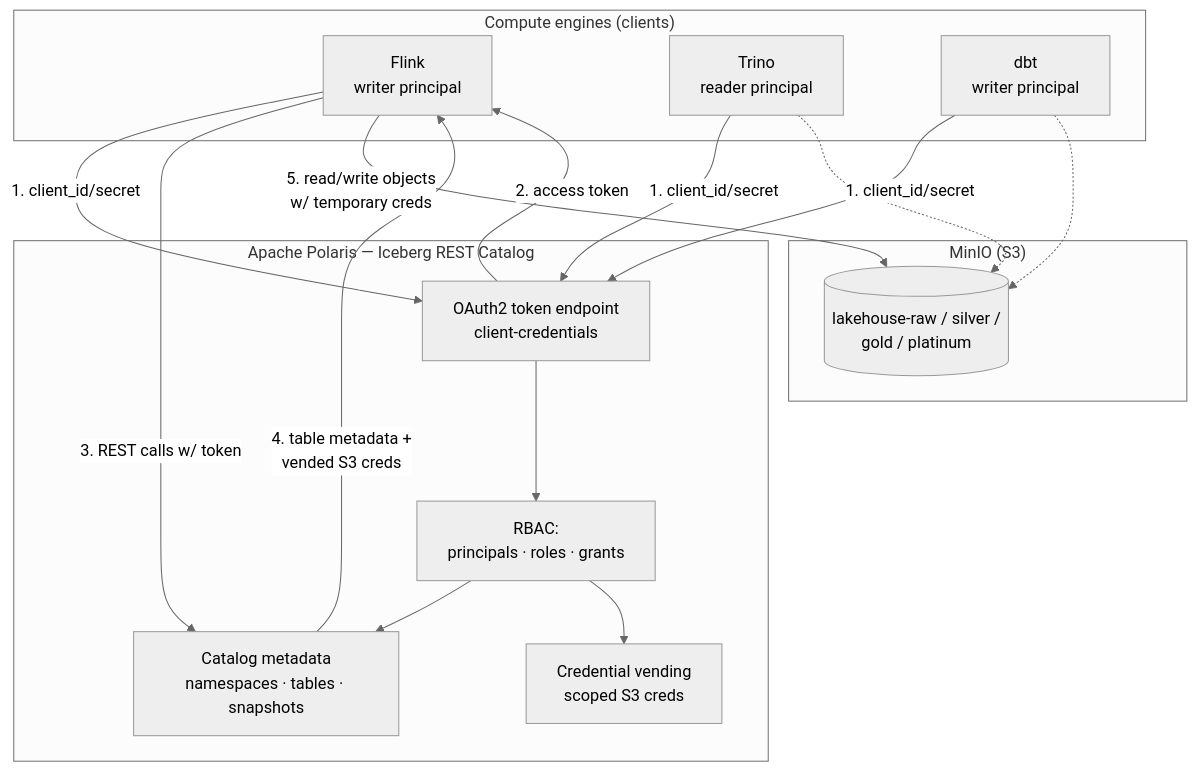
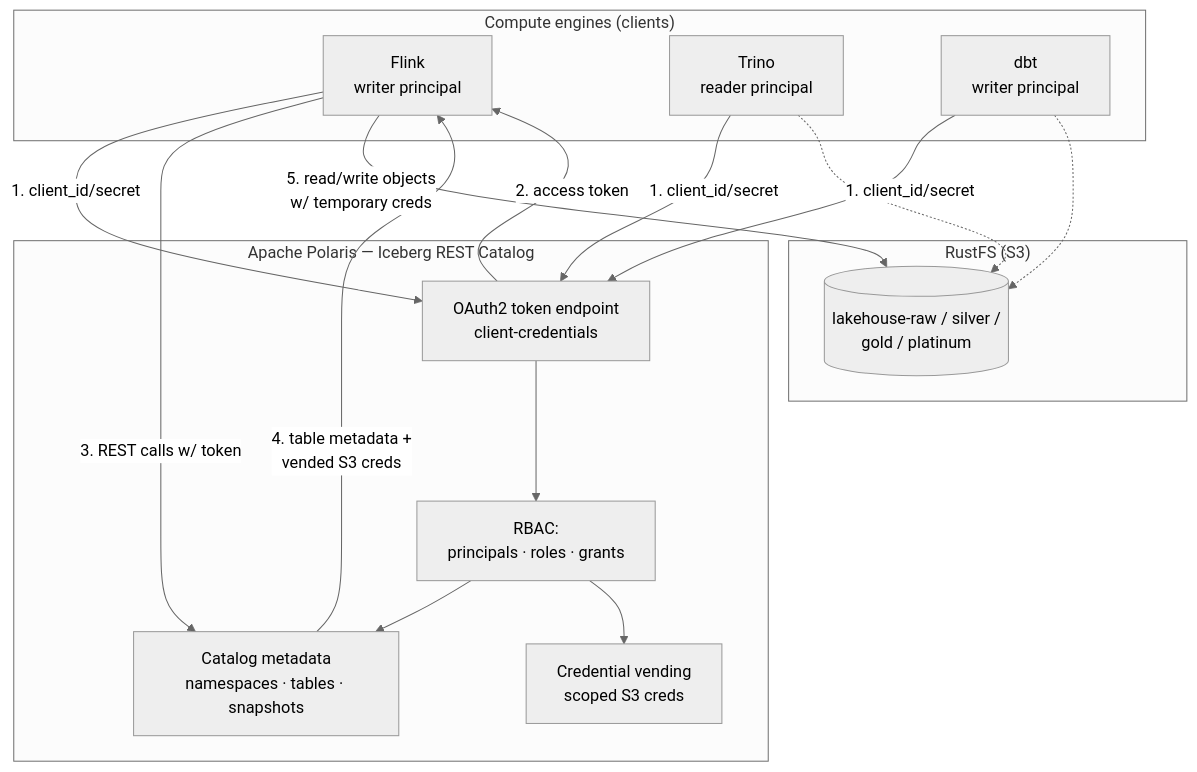
The first of 3 diagrams in docs/tech/architecture/04-governance-and-security.md (christiannarbon/open-iceberg-stack), drawn with Mermaid (neutral theme) before and after one commit. The commit also changed other lines of this file, not shown here.

Commit message:
updating security perimeter settings docs specific for rustfs

````diff
--- a/docs/tech/architecture/04-governance-and-security.md
+++ b/docs/tech/architecture/04-governance-and-security.md
@@ -10,31 +10,31 @@
 ```mermaid
 flowchart TB
     subgraph engines["Compute engines (clients)"]
         flink[Flink<br/>writer principal]
         trino[Trino<br/>reader principal]
         dbtp[dbt<br/>writer principal]
     end
 
     subgraph polaris["Apache Polaris — Iceberg REST Catalog"]
         oauth[OAuth2 token endpoint<br/>client-credentials]
         rbac[RBAC:<br/>principals · roles · grants]
         catmeta[Catalog metadata<br/>namespaces · tables · snapshots]
         vend[Credential vending<br/>scoped S3 creds]
         oauth --> rbac --> catmeta
         rbac --> vend
     end
 
-    subgraph minio["MinIO (S3)"]
+    subgraph rustfs["RustFS (S3)"]
         buckets[(lakehouse-raw / silver /<br/>gold / platinum)]
     end
 
     flink -->|1. client_id/secret| oauth
     trino -->|1. client_id/secret| oauth
     dbtp -->|1. client_id/secret| oauth
     oauth -->|2. access token| flink
     flink -->|3. REST calls w/ token| catmeta
     catmeta -->|4. table metadata +<br/>vended S3 creds| flink
     flink -->|5. read/write objects<br/>w/ temporary creds| buckets
     trino -.-> buckets
     dbtp -.-> buckets
 ```
````
